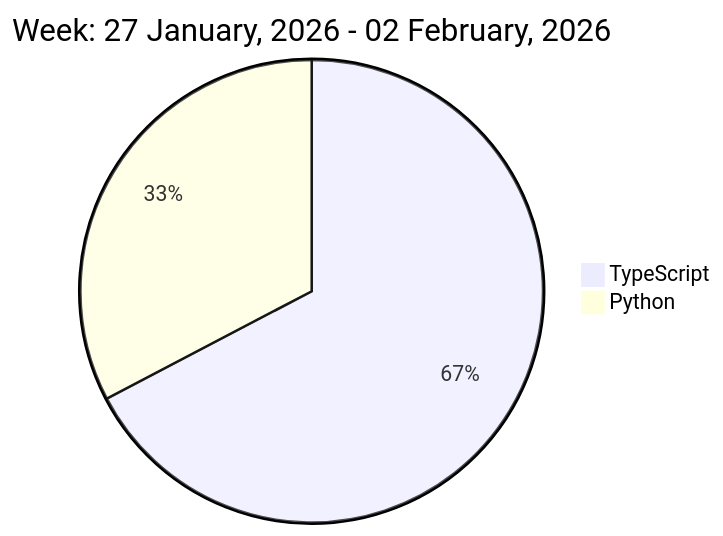
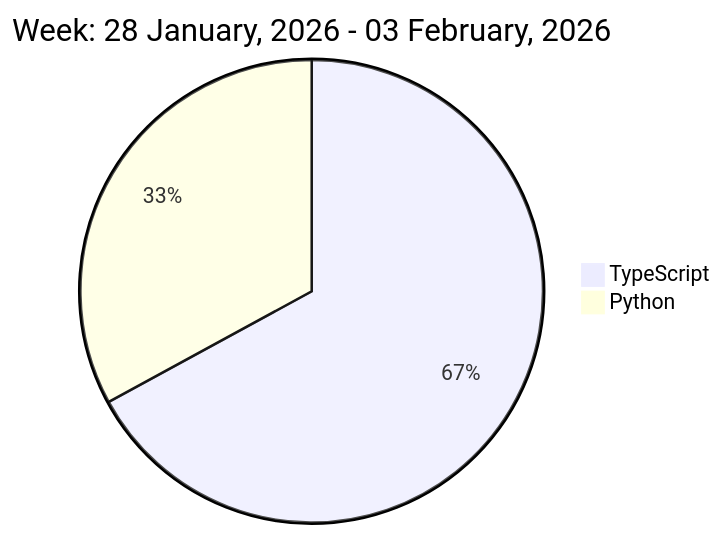
One commit to liubin95/liubin95 changed the diagram in README.md. Above: the diagram before and after it, drawn with Mermaid.

Commit message:
Updated the Graph with new Metrics

````diff
--- a/README.md
+++ b/README.md
@@ -37,6 +37,6 @@
 ```mermaid
  pie
-title Week: 27 January, 2026 - 02 February, 2026
- "TypeScript" : 12.67
- "Python" : 6.15
+title Week: 28 January, 2026 - 03 February, 2026
+ "TypeScript" : 12.62
+ "Python" : 6.2
 ```
````
